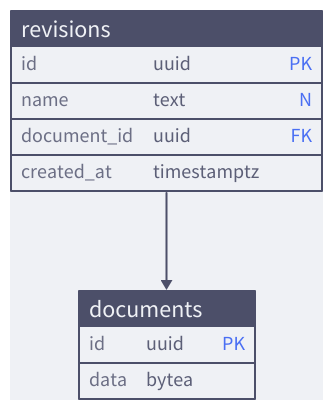
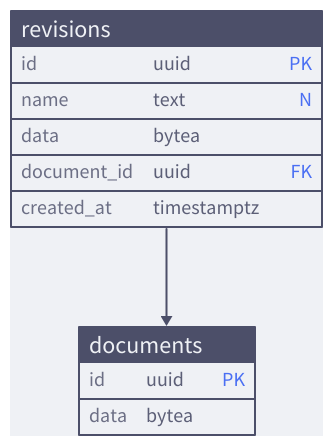
Before and after one commit to notopia-uit/notopia: the second of 2 diagrams in docs/src/references/database.md, drawn with D2. The commit also changed 3 other files, not shown here.

Commit message:
chore(docs): abit diagram

````diff
--- a/docs/src/references/database.md
+++ b/docs/src/references/database.md
@@ -103,42 +103,43 @@
 ```d2
 vars: {
   d2-config: {
     layout-engine: elk
     theme-overrides: {
       N1: "#4c4f69"
       N2: "#5c5f77"
       N4: "#acb0be"
       N5: "#ccd0da"
       N7: "#eff1f5"
       B1: "#4c4f69"
       B2: "#6c6f85"
       B3: "#bcc0cc"
       B4: "#ccd0da"
       B5: "#dce0e8"
       B6: "#eff1f5"
       AA4: "#1e66f5"
       AA5: "#7287fd"
       AB4: "#8839ef"
       AB5: "#dc8a78"
     }
   }
 }
 
 documents: {
   id: uuid {constraint: PK}
   data: bytea
 
   shape: sql_table
 }
 
 revisions: {
   id: uuid {constraint: PK}
   name: text {constraint: N}
+  data: bytea
   document_id: uuid {constraint: FK}
   created_at: timestamptz
 
   shape: sql_table
 }
 
 revisions.document_id -> documents.id
 ```
````
